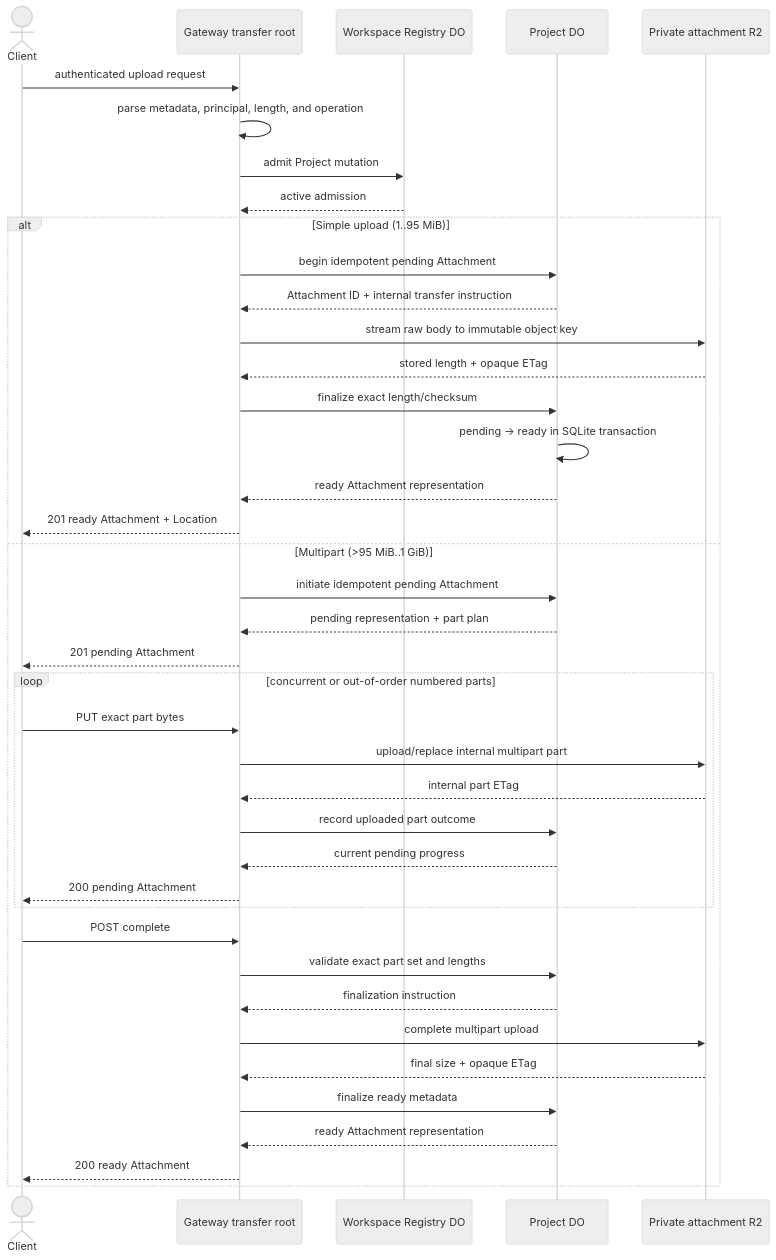
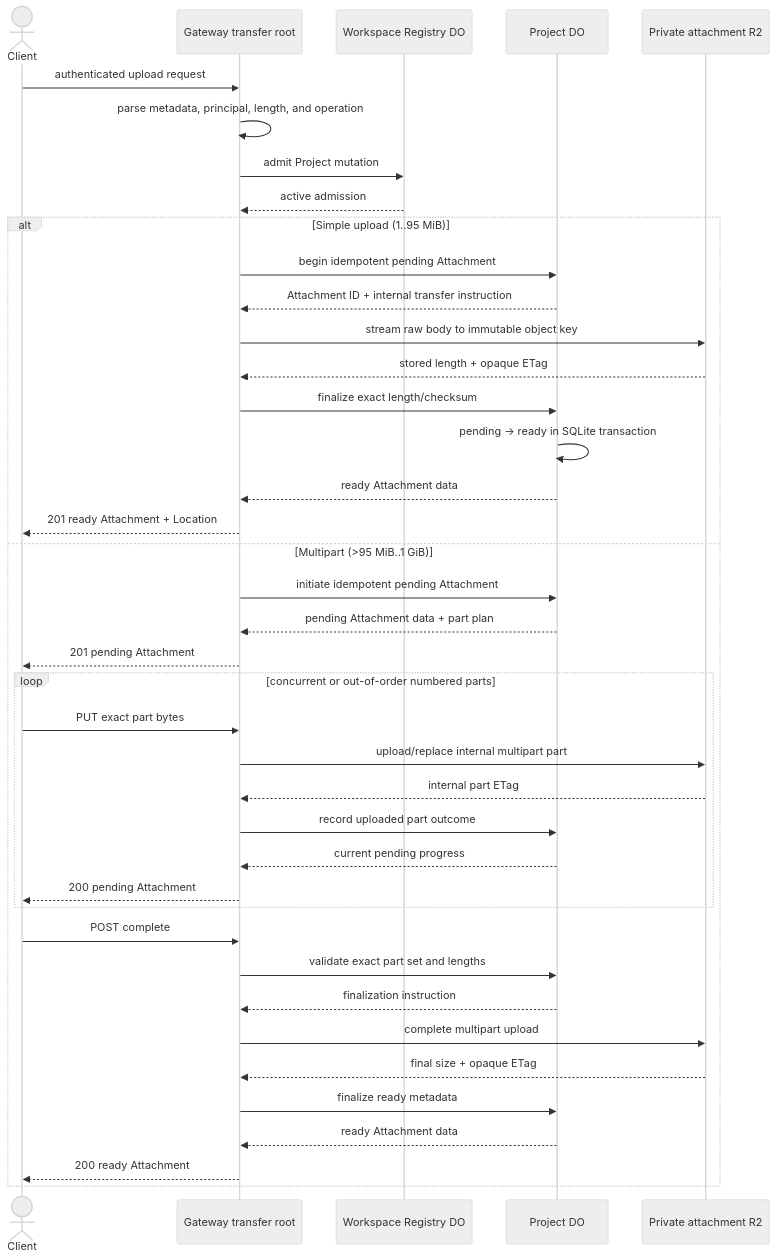
One commit to dmmulroy/overseer changed the fifth of 6 diagrams in docs/adr/0001-mvp-system-architecture.md. Above: the diagram before and after it, drawn with Mermaid (neutral theme). The commit also changed other lines of this file and 27 other files, not shown here.

Commit message:
Use standard API and timeline terminology

````diff
--- a/docs/adr/0001-mvp-system-architecture.md
+++ b/docs/adr/0001-mvp-system-architecture.md
@@ -207,43 +207,43 @@
 ```mermaid
 sequenceDiagram
   actor C as Client
   participant G as Gateway transfer root
   participant CDO as Workspace Registry DO
   participant PDO as Project DO
   participant R2 as Private attachment R2
 
   C->>G: authenticated upload request
   G->>G: parse metadata, principal, length, and operation
   G->>CDO: admit Project mutation
   CDO-->>G: active admission
   alt Simple upload (1..95 MiB)
     G->>PDO: begin idempotent pending Attachment
     PDO-->>G: Attachment ID + internal transfer instruction
     G->>R2: stream raw body to immutable object key
     R2-->>G: stored length + opaque ETag
     G->>PDO: finalize exact length/checksum
     PDO->>PDO: pending -> ready in SQLite transaction
-    PDO-->>G: ready Attachment representation
+    PDO-->>G: ready Attachment data
     G-->>C: 201 ready Attachment + Location
   else Multipart (>95 MiB..1 GiB)
     G->>PDO: initiate idempotent pending Attachment
-    PDO-->>G: pending representation + part plan
+    PDO-->>G: pending Attachment data + part plan
     G-->>C: 201 pending Attachment
     loop concurrent or out-of-order numbered parts
       C->>G: PUT exact part bytes
       G->>R2: upload/replace internal multipart part
       R2-->>G: internal part ETag
       G->>PDO: record uploaded part outcome
       PDO-->>G: current pending progress
       G-->>C: 200 pending Attachment
     end
     C->>G: POST complete
     G->>PDO: validate exact part set and lengths
     PDO-->>G: finalization instruction
     G->>R2: complete multipart upload
     R2-->>G: final size + opaque ETag
     G->>PDO: finalize ready metadata
-    PDO-->>G: ready Attachment representation
+    PDO-->>G: ready Attachment data
     G-->>C: 200 ready Attachment
   end
 ```
````
